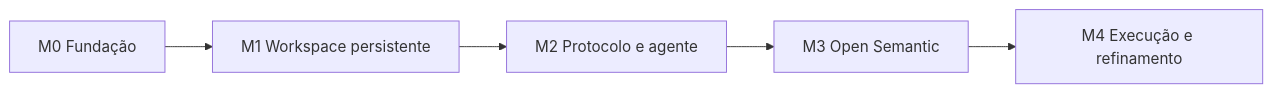
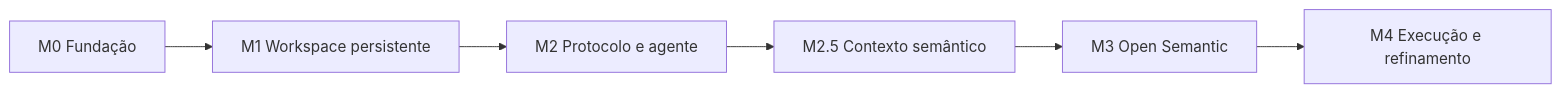
One commit to arthurparahyba/open-semantic changed the diagram in docs/como-comecar.md. Above: the diagram before and after it, drawn with Mermaid. The commit also changed other lines of this file and 2 other files, not shown here.

First line of the commit message:
Spec do Motor de contexto semântico (08) e marco M2.5 no plano

````diff
--- a/docs/como-comecar.md
+++ b/docs/como-comecar.md
@@ -55,7 +55,8 @@
 ```mermaid
 flowchart LR
     M0[M0 Fundação] --> M1[M1 Workspace persistente]
     M1 --> M2[M2 Protocolo e agente]
-    M2 --> M3[M3 Open Semantic]
+    M2 --> M25[M2.5 Contexto semântico]
+    M25 --> M3[M3 Open Semantic]
     M3 --> M4[M4 Execução e refinamento]
 ```
````
